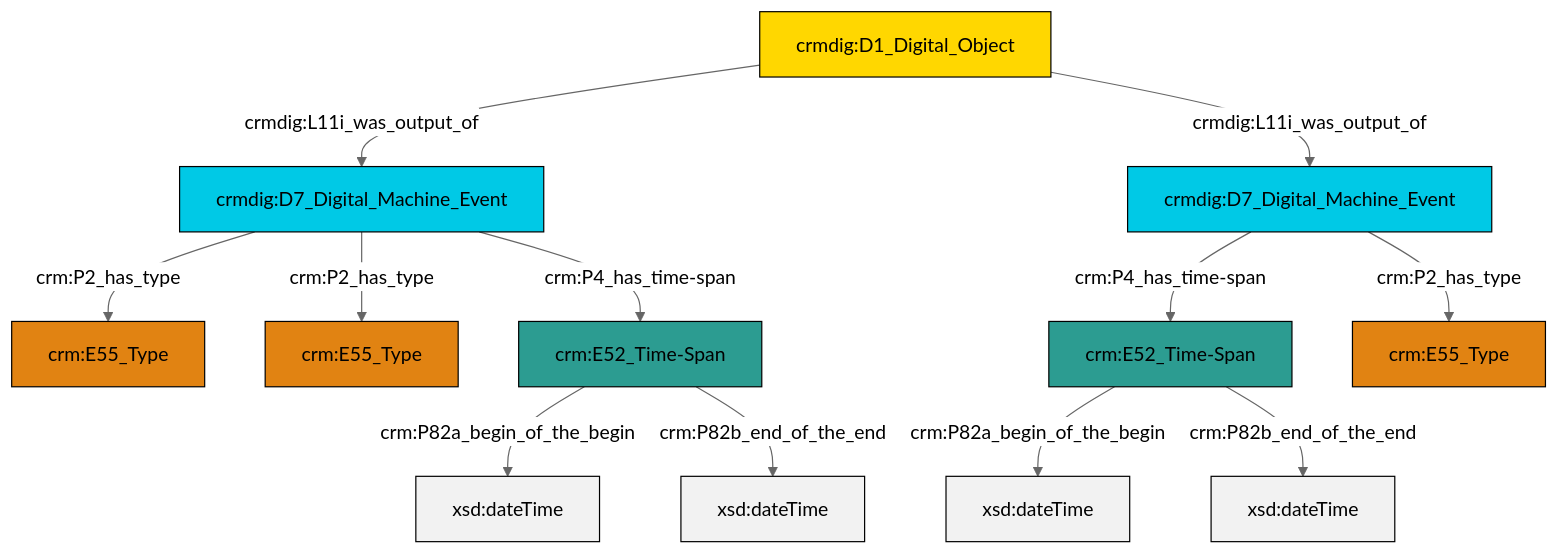
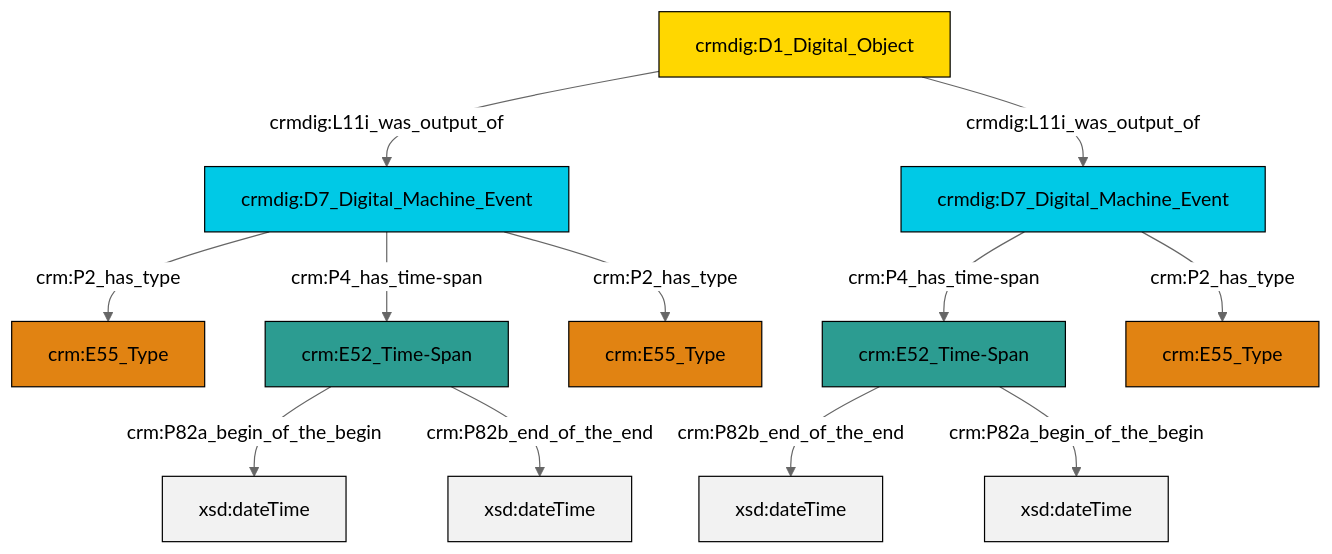
One commit to swiss-art-research-net/reference-data-models changed the diagram in et/doCSV/ttl/mmd/do_existence.ttl.mmd. Above: the diagram before and after it, drawn with Mermaid (neutral theme). The commit also changed 148 other files, not shown here.

```diff
--- a/et/doCSV/ttl/mmd/do_existence.ttl.mmd
+++ b/et/doCSV/ttl/mmd/do_existence.ttl.mmd
@@ -1,26 +1,26 @@
 graph TD
 classDef Literal fill:#f2f2f2,stroke:#000000;
 classDef CRM_Entity fill:#FFFFFF,stroke:#000000;
 classDef Temporal_Entity fill:#00C9E6, stroke:#000000;
 classDef Type fill:#E18312, stroke:#000000;
 classDef Time-Span fill:#2C9C91, stroke:#000000;
 classDef Appellation fill:#FFEB7F, stroke:#000000;
 classDef Place fill:#008836, stroke:#000000;
 classDef Persistent_Item fill:#B266B2, stroke:#000000;
 classDef Conceptual_Object fill:#FFD700, stroke:#000000;
 classDef Physical_Thing fill:#D2B48C, stroke:#000000;
 classDef Actor fill:#f58aad, stroke:#000000;
 classDef PC_Classes fill:#4ce600, stroke:#000000;
 classDef Multi fill:#cccccc,stroke:#000000;
 
-2["crm:E52_Time-Span"]:::Time-Span -->|crm:P82a_begin_of_the_begin| 3[xsd:dateTime]:::Literal
-4["crmdig:D7_Digital_Machine_Event"]:::Temporal_Entity -->|crm:P2_has_type| 5["crm:E55_Type"]:::Type
-0["crm:E52_Time-Span"]:::Time-Span -->|crm:P82a_begin_of_the_begin| 6[xsd:dateTime]:::Literal
-12["crmdig:D7_Digital_Machine_Event"]:::Temporal_Entity -->|crm:P4_has_time-span| 2["crm:E52_Time-Span"]:::Time-Span
-8["crmdig:D1_Digital_Object"]:::Conceptual_Object -->|crmdig:L11i_was_output_of| 4["crmdig:D7_Digital_Machine_Event"]:::Temporal_Entity
-4["crmdig:D7_Digital_Machine_Event"]:::Temporal_Entity -->|crm:P2_has_type| 10["crm:E55_Type"]:::Type
-12["crmdig:D7_Digital_Machine_Event"]:::Temporal_Entity -->|crm:P2_has_type| 13["crm:E55_Type"]:::Type
-4["crmdig:D7_Digital_Machine_Event"]:::Temporal_Entity -->|crm:P4_has_time-span| 0["crm:E52_Time-Span"]:::Time-Span
-8["crmdig:D1_Digital_Object"]:::Conceptual_Object -->|crmdig:L11i_was_output_of| 12["crmdig:D7_Digital_Machine_Event"]:::Temporal_Entity
-2["crm:E52_Time-Span"]:::Time-Span -->|crm:P82b_end_of_the_end| 20[xsd:dateTime]:::Literal
-0["crm:E52_Time-Span"]:::Time-Span -->|crm:P82b_end_of_the_end| 22[xsd:dateTime]:::Literal
+0["crmdig:D7_Digital_Machine_Event"]:::Temporal_Entity -->|crm:P2_has_type| 1["crm:E55_Type"]:::Type
+2["crm:E52_Time-Span"]:::Time-Span -->|crm:P82b_end_of_the_end| 3[xsd:dateTime]:::Literal
+5["crmdig:D1_Digital_Object"]:::Conceptual_Object -->|crmdig:L11i_was_output_of| 0["crmdig:D7_Digital_Machine_Event"]:::Temporal_Entity
+2["crm:E52_Time-Span"]:::Time-Span -->|crm:P82a_begin_of_the_begin| 6[xsd:dateTime]:::Literal
+8["crm:E52_Time-Span"]:::Time-Span -->|crm:P82a_begin_of_the_begin| 9[xsd:dateTime]:::Literal
+8["crm:E52_Time-Span"]:::Time-Span -->|crm:P82b_end_of_the_end| 10[xsd:dateTime]:::Literal
+0["crmdig:D7_Digital_Machine_Event"]:::Temporal_Entity -->|crm:P4_has_time-span| 8["crm:E52_Time-Span"]:::Time-Span
+14["crmdig:D7_Digital_Machine_Event"]:::Temporal_Entity -->|crm:P4_has_time-span| 2["crm:E52_Time-Span"]:::Time-Span
+5["crmdig:D1_Digital_Object"]:::Conceptual_Object -->|crmdig:L11i_was_output_of| 14["crmdig:D7_Digital_Machine_Event"]:::Temporal_Entity
+0["crmdig:D7_Digital_Machine_Event"]:::Temporal_Entity -->|crm:P2_has_type| 11["crm:E55_Type"]:::Type
+14["crmdig:D7_Digital_Machine_Event"]:::Temporal_Entity -->|crm:P2_has_type| 16["crm:E55_Type"]:::Type
```
